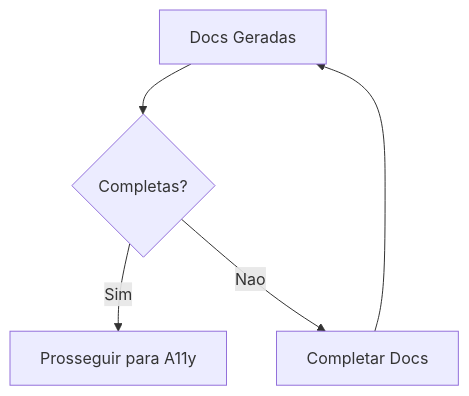
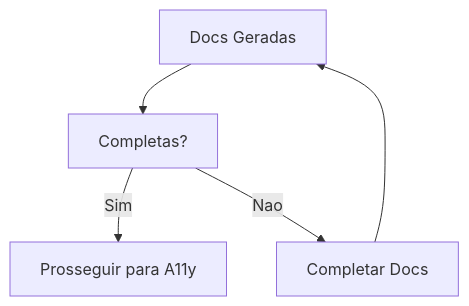
Before and after one commit to bychrisr/aios-docs: the sixth of 7 diagrams in content/en/docs/guides/workflows/DESIGN-SYSTEM-BUILD-QUALITY-WORKFLOW.mdx, drawn with Mermaid. The commit also changed other lines of this file and 40 other files, not shown here.

````diff
--- a/content/en/docs/guides/workflows/DESIGN-SYSTEM-BUILD-QUALITY-WORKFLOW.mdx
+++ b/content/en/docs/guides/workflows/DESIGN-SYSTEM-BUILD-QUALITY-WORKFLOW.mdx
@@ -566,7 +566,7 @@
 ```mermaid
 graph TD
-    DOCS[Docs Geradas] --> CHECK{Completas?}
+    DOCS[Docs Geradas] --> CHECK[Completas?]
     CHECK -->|Sim| PROCEED[Prosseguir para A11y]
     CHECK -->|Nao| COMPLETE[Completar Docs]
     COMPLETE --> DOCS
 ```
````
